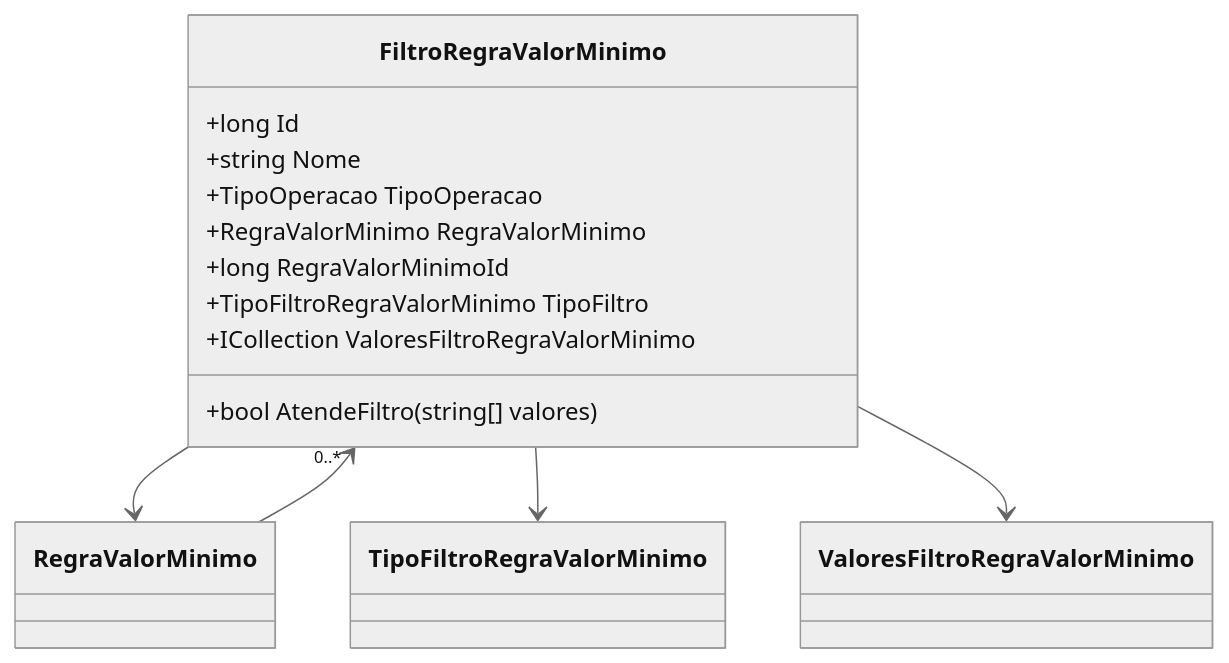
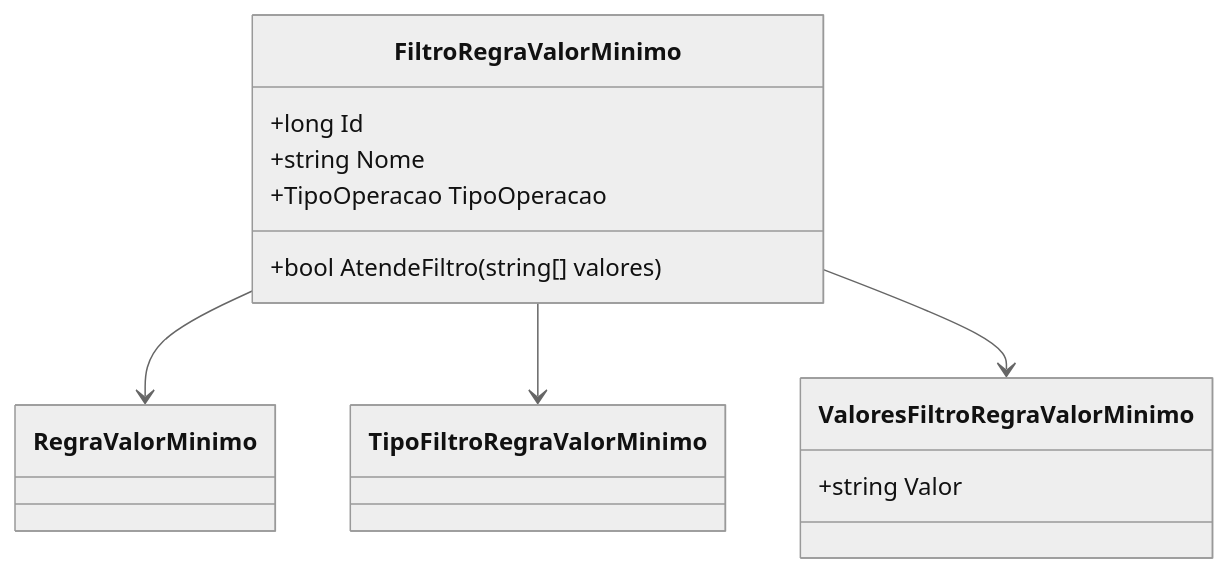
Before and after one commit to IsthmusSistemas/documentacao-tecnica: the second of 2 diagrams in docs/b2b-dominio/IsthmusWinthor.Nucleo/IsthmusWinthor.Dominio/Entidades/FiltroRegraValorMinimo.md, drawn with Mermaid (neutral theme). The commit also changed other lines of this file and 882 other files, not shown here.

````diff
--- a/docs/b2b-dominio/IsthmusWinthor.Nucleo/IsthmusWinthor.Dominio/Entidades/FiltroRegraValorMinimo.md
+++ b/docs/b2b-dominio/IsthmusWinthor.Nucleo/IsthmusWinthor.Dominio/Entidades/FiltroRegraValorMinimo.md
@@ -50,17 +53,23 @@
 ```mermaid
 classDiagram
     class FiltroRegraValorMinimo {
         +long Id
         +string Nome
         +TipoOperacao TipoOperacao
-        +RegraValorMinimo RegraValorMinimo
-        +long RegraValorMinimoId
-        +TipoFiltroRegraValorMinimo TipoFiltro
-        +ICollection<ValoresFiltroRegraValorMinimo> ValoresFiltroRegraValorMinimo
         +bool AtendeFiltro(string[] valores)
     }
+    
+    class RegraValorMinimo {
+    }
+
+    class TipoFiltroRegraValorMinimo {
+    }
+
+    class ValoresFiltroRegraValorMinimo {
+        +string Valor
+    }
+
     FiltroRegraValorMinimo --> RegraValorMinimo
     FiltroRegraValorMinimo --> TipoFiltroRegraValorMinimo
     FiltroRegraValorMinimo --> ValoresFiltroRegraValorMinimo
-    RegraValorMinimo --> "0..*" FiltroRegraValorMinimo
 ```
````
